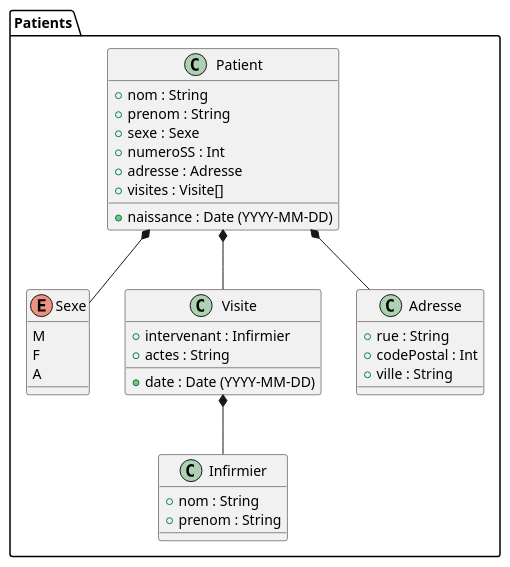
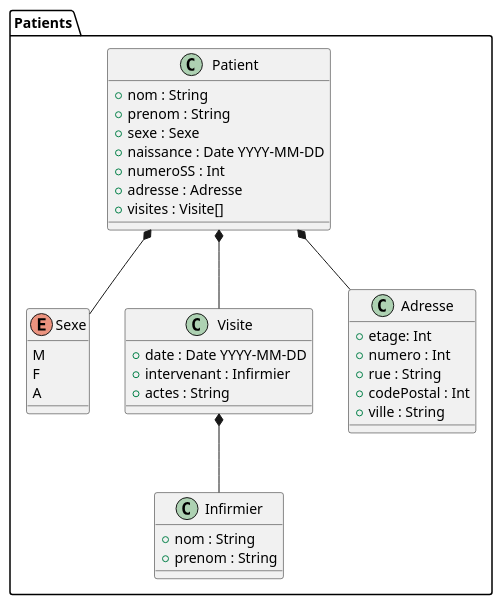
Before and after one commit to SolarHauks/CabinetInfirmier: the diagram in data/PlantUML/plan_patient.pu, drawn with PlantUML. The commit also changed 1 other file, not shown here.

Commit message:
Correction du PlantUML des patients

```diff
--- a/data/PlantUML/plan_patient.pu
+++ b/data/PlantUML/plan_patient.pu
@@ -1,46 +1,48 @@
 @startuml
 
     package Patients {
         class Patient {
             +nom : String
             +prenom : String
             +sexe : Sexe
-            +naissance : Date (YYYY-MM-DD)
+            +naissance : Date YYYY-MM-DD
             +numeroSS : Int
             +adresse : Adresse
             +visites : Visite[]
         }
         
         enum Sexe {
             M
             F
             A
         }
         
         class Visite {
-            +date : Date (YYYY-MM-DD)
+            +date : Date YYYY-MM-DD
             +intervenant : Infirmier
             +actes : String
         }
         
         class Adresse {
+            +etage: Int
+            +numero : Int
             +rue : String
             +codePostal : Int
             +ville : String
         }
         
         class Infirmier {
             +nom : String
             +prenom : String
         }
     }
 
 'Relations entre les classes
 Patient *-- Visite
 Patient *-- Adresse
 Visite *-- Infirmier
 
 'Relations entre les classes et les types simples
 Patient *-- Sexe
 
 @enduml
```
